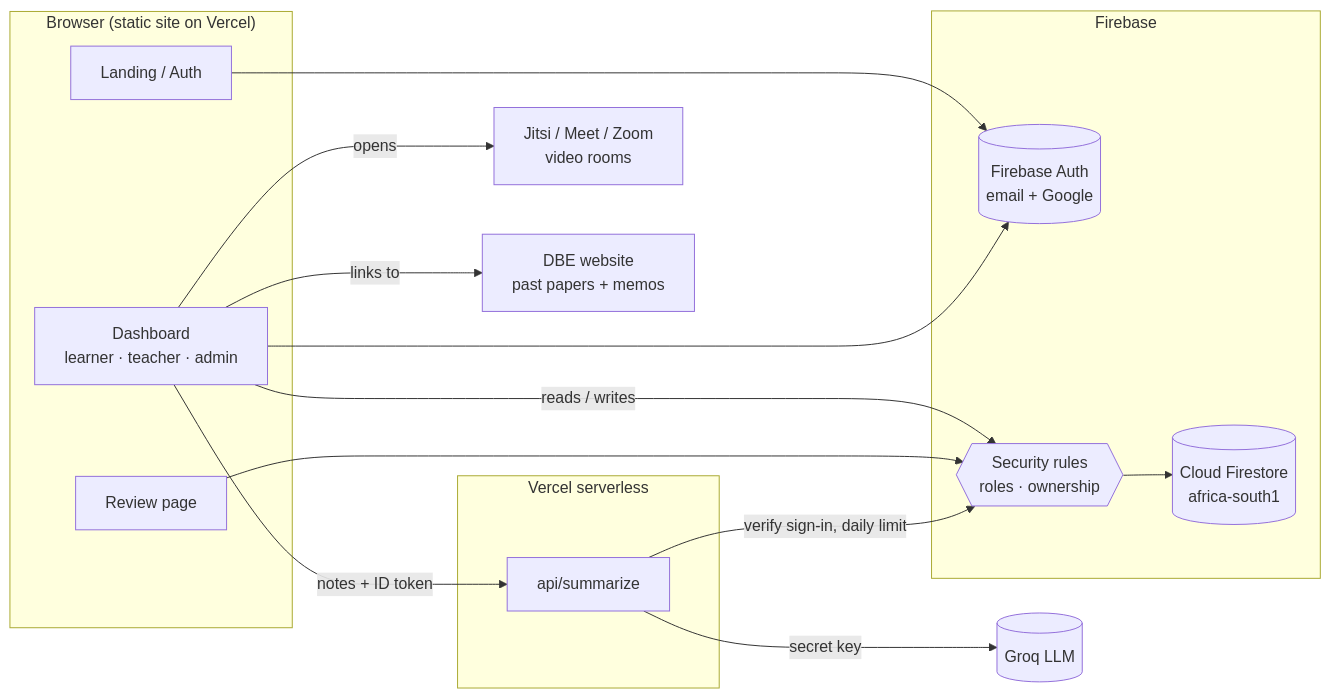
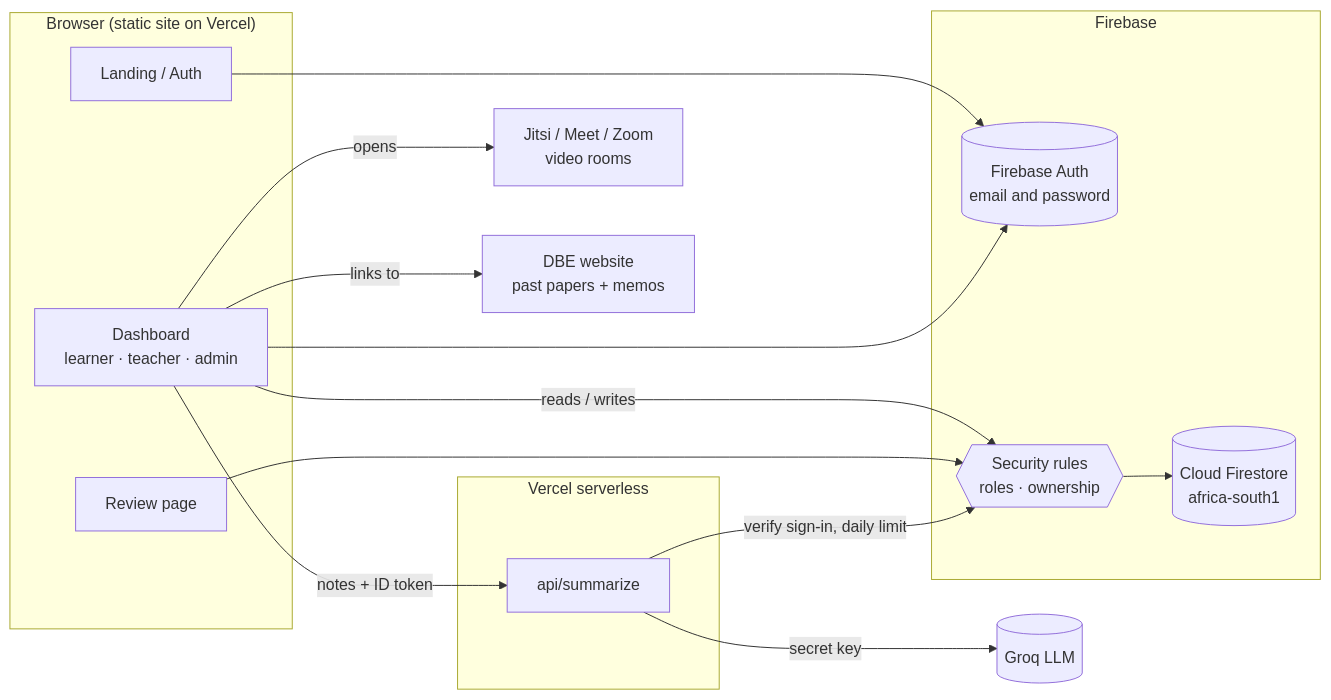
The diagram in README.md (Responcebility/LifeSciences-Grade12-Tester), drawn with Mermaid before and after one commit. The commit also changed other lines of this file, not shown here.

Commit message:
README: contents, accurate test coverage and size, honest sign-in label, roadmap

````diff
--- a/README.md
+++ b/README.md
@@ -132,29 +135,29 @@
 ```mermaid
 flowchart LR
     subgraph Browser["Browser (static site on Vercel)"]
         L[Landing / Auth]
         D[Dashboard<br/>learner · teacher · admin]
         R[Review page]
     end
     subgraph Firebase
-        A[(Firebase Auth<br/>email + Google)]
+        A[(Firebase Auth<br/>email and password)]
         S{{Security rules<br/>roles · ownership}}
         F[(Cloud Firestore<br/>africa-south1)]
     end
     subgraph Vercel["Vercel serverless"]
         V[api/summarize]
     end
     G[(Groq LLM)]
     J[Jitsi / Meet / Zoom<br/>video rooms]
     E[DBE website<br/>past papers + memos]
 
     L --> A
     D --> A
     D -- reads / writes --> S --> F
     R --> S
     D -- notes + ID token --> V
     V -- verify sign-in, daily limit --> S
     V -- secret key --> G
     D -- opens --> J
     D -- links to --> E
 ```
````
